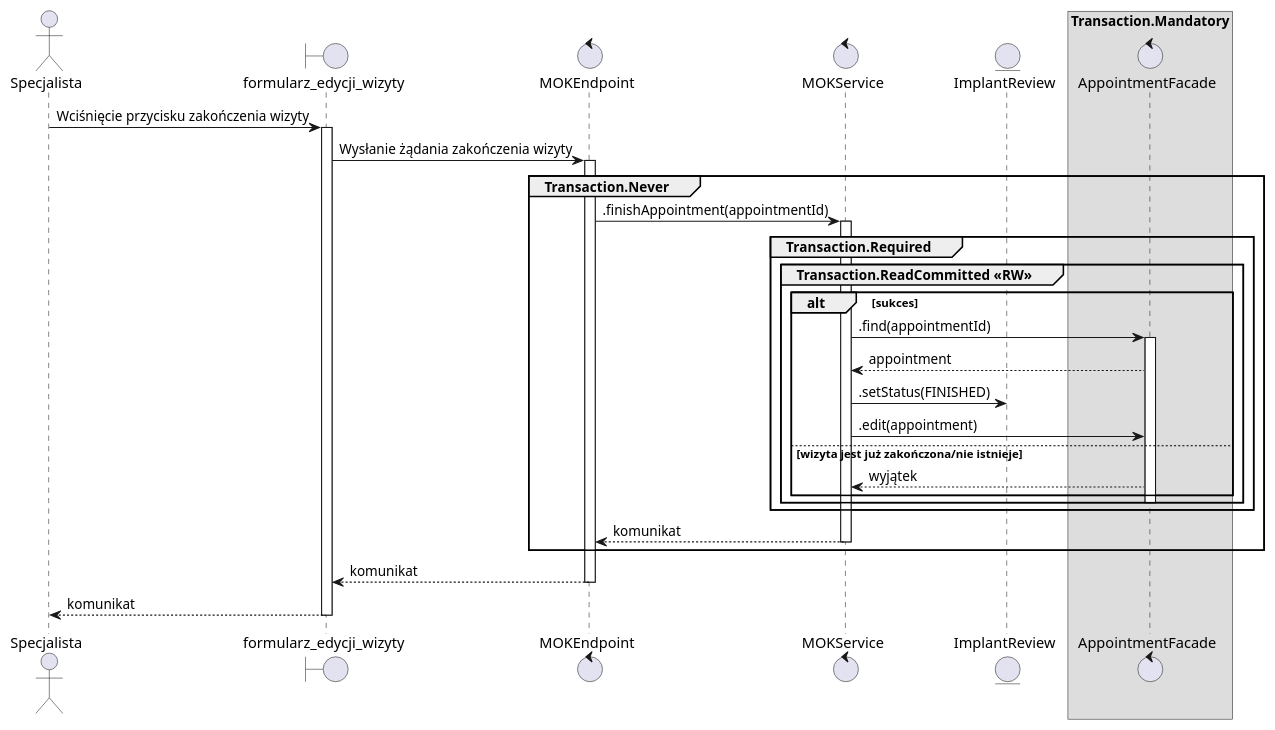
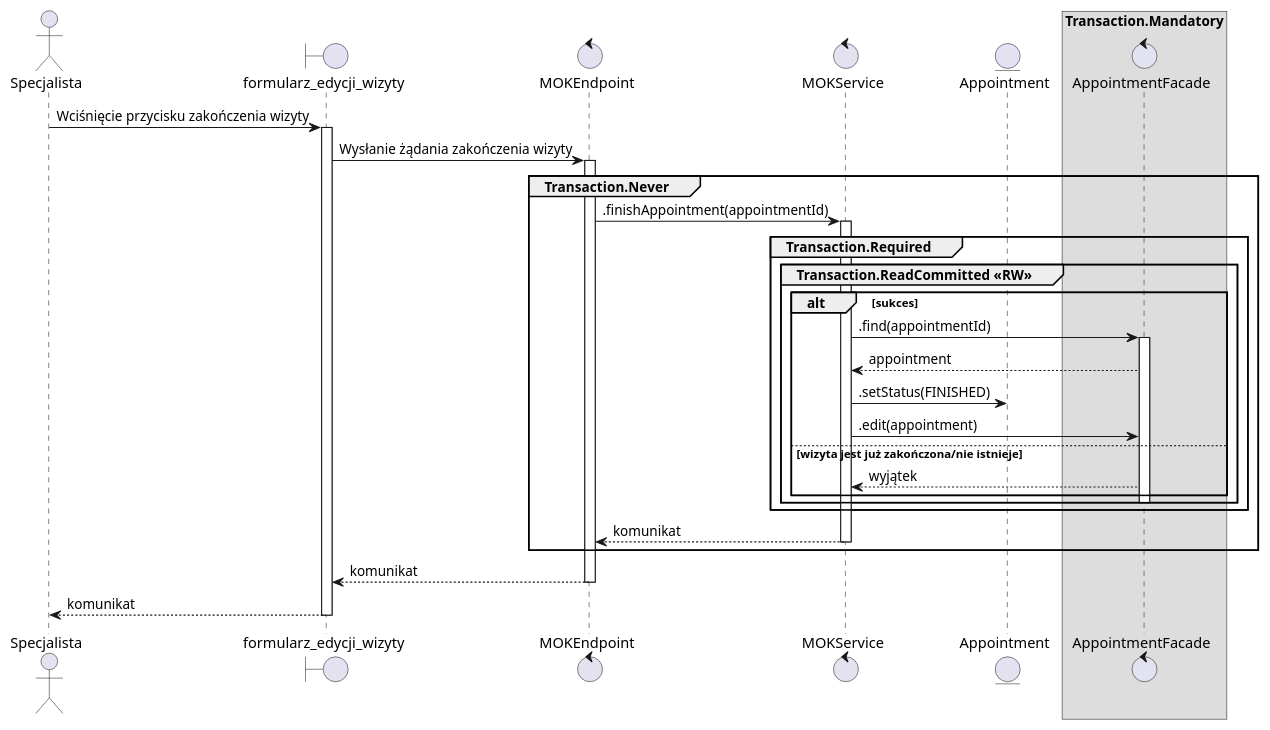
One commit to TheVivent-Politechnika-Lodzka/ssbd03_kic_uml changed the diagram in src/rozdział 11/mop14.puml. Above: the diagram before and after it, drawn with PlantUML. The commit also changed 1 other file, not shown here.

```diff
--- a/src/rozdział 11/mop14.puml
+++ b/src/rozdział 11/mop14.puml
@@ -1,49 +1,49 @@
 @startuml MOP.14 - Oznacz wizytę jako zakończoną
 
 
 actor Specjalista as guest
 boundary formularz_edycji_wizyty as gui
 control MOKEndpoint as endpoint
 control MOKService as service
-entity ImplantReview as implant
+entity Appointment as implant
 control AppointmentFacade as accFacade
 
 skinparam backgroundcolor transparent
 
 guest -> gui ++ : Wciśnięcie przycisku zakończenia wizyty
 gui -> endpoint ++ : Wysłanie żądania zakończenia wizyty
 
 group Transaction.Never
 
     endpoint -> service ++ : .finishAppointment(appointmentId)
 
     group Transaction.Required
         group Transaction.ReadCommitted <<RW>>
             box Transaction.Mandatory 
                 participant accFacade
                 alt sukces
                 service -> accFacade ++ : .find(appointmentId)
                 accFacade --> service : appointment
 
                 service -> implant : .setStatus(FINISHED)
 
                 service -> accFacade : .edit(appointment)
 
                 else wizyta jest już zakończona/nie istnieje
                     accFacade --> service : wyjątek
                 end
 
                 deactivate accFacade
             end box
         end
     end
     return komunikat
 
 end
 
 return komunikat
 
 
 return komunikat
 
 @enduml
```
